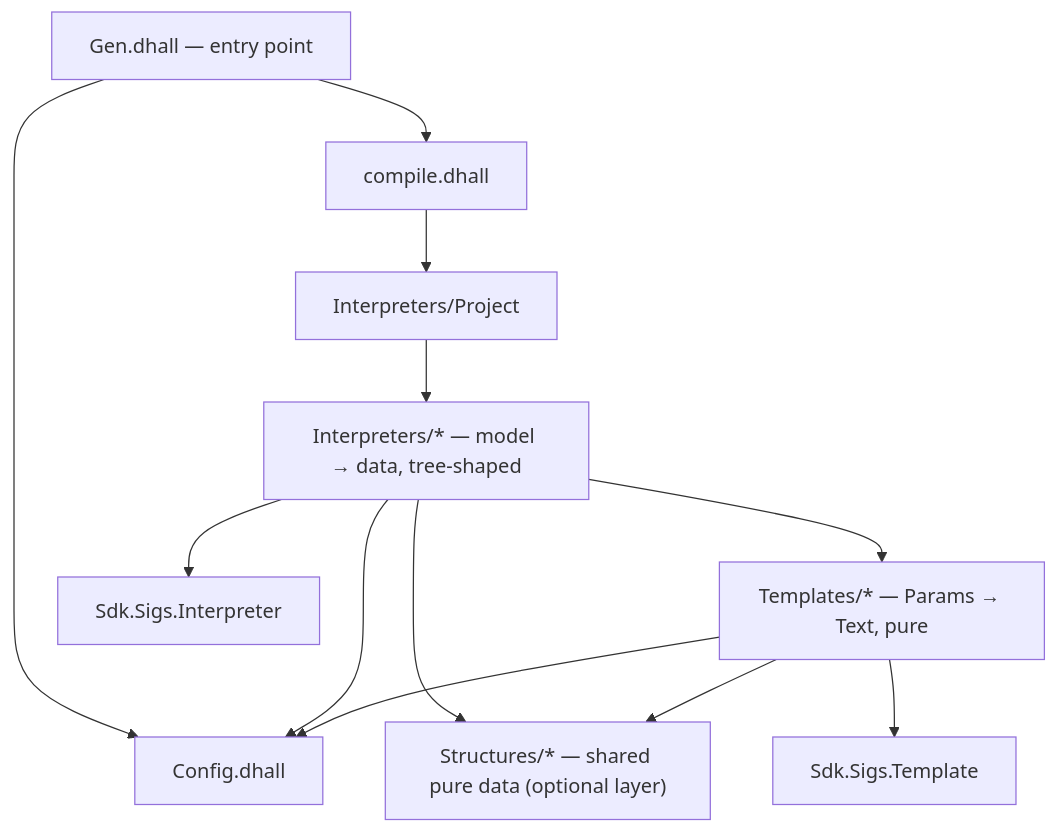
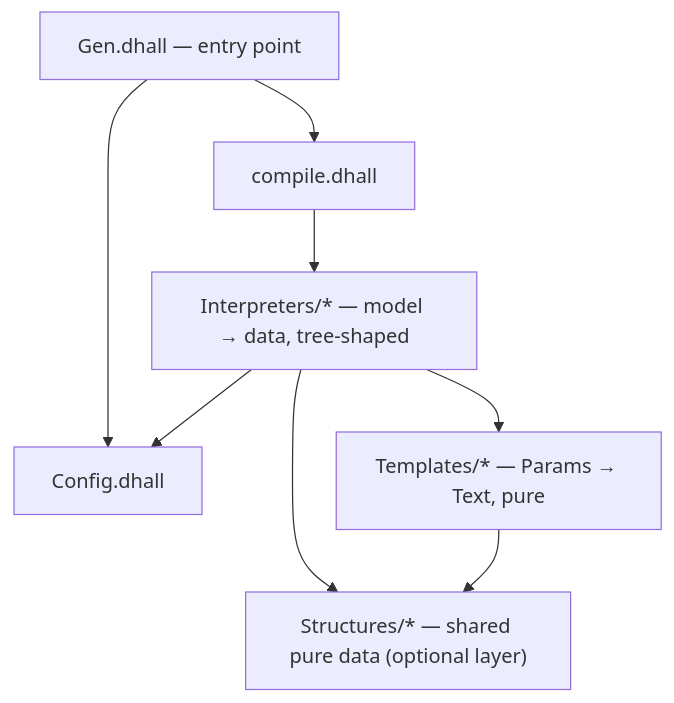
One commit to pgenie-io/gen-sdk changed the first of 2 diagrams in docs/generator-architecture.md. Above: the diagram before and after it, drawn with Mermaid. The commit also changed other lines of this file, not shown here.

````diff
--- a/docs/generator-architecture.md
+++ b/docs/generator-architecture.md
@@ -43,14 +43,10 @@
 ```mermaid
 flowchart TD
     Gen["Gen.dhall — entry point"] --> compile["compile.dhall"]
     Gen --> Config["Config.dhall"]
-    compile --> IP["Interpreters/Project"]
-    IP --> Interpreters["Interpreters/* — model → data, tree-shaped"]
+    compile --> Interpreters["Interpreters/* — model → data, tree-shaped"]
     Interpreters --> Config
     Interpreters --> Templates["Templates/* — Params → Text, pure"]
     Interpreters --> Structures["Structures/* — shared pure data (optional layer)"]
-    Templates --> Config
     Templates --> Structures
-    Interpreters --> SigI["Sdk.Sigs.Interpreter"]
-    Templates --> SigT["Sdk.Sigs.Template"]
 ```
````
